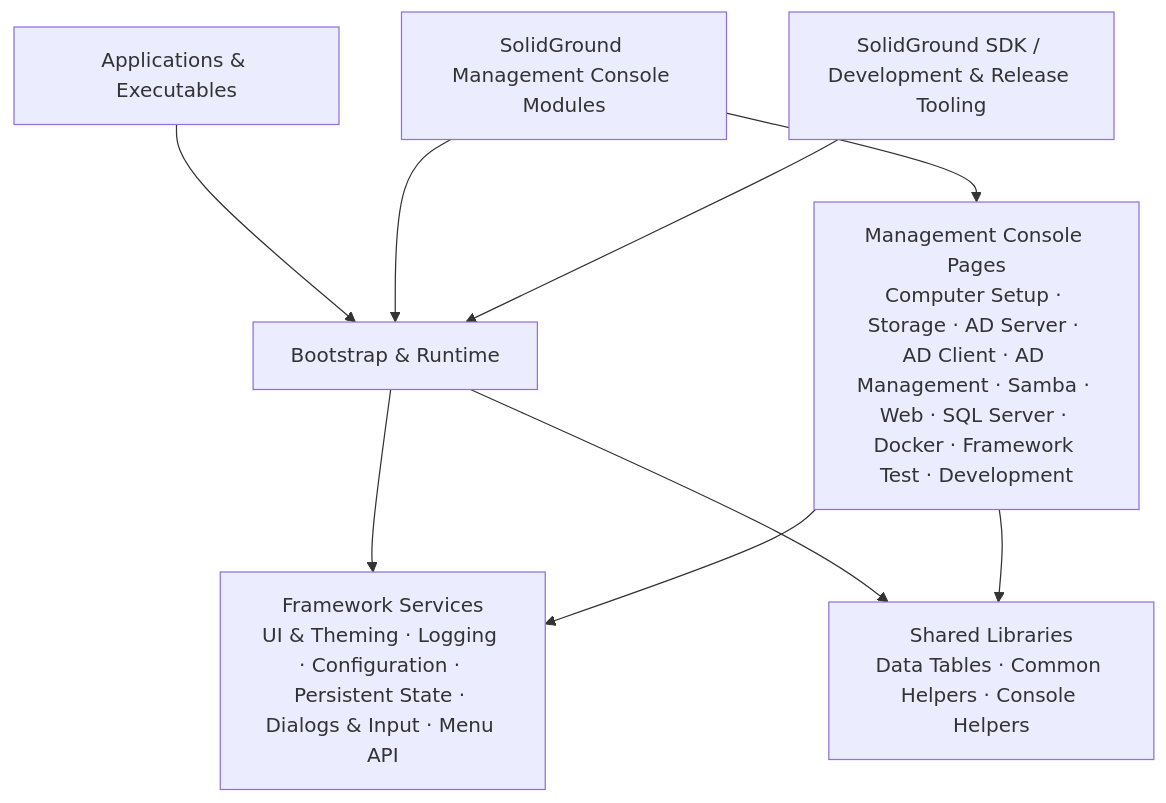
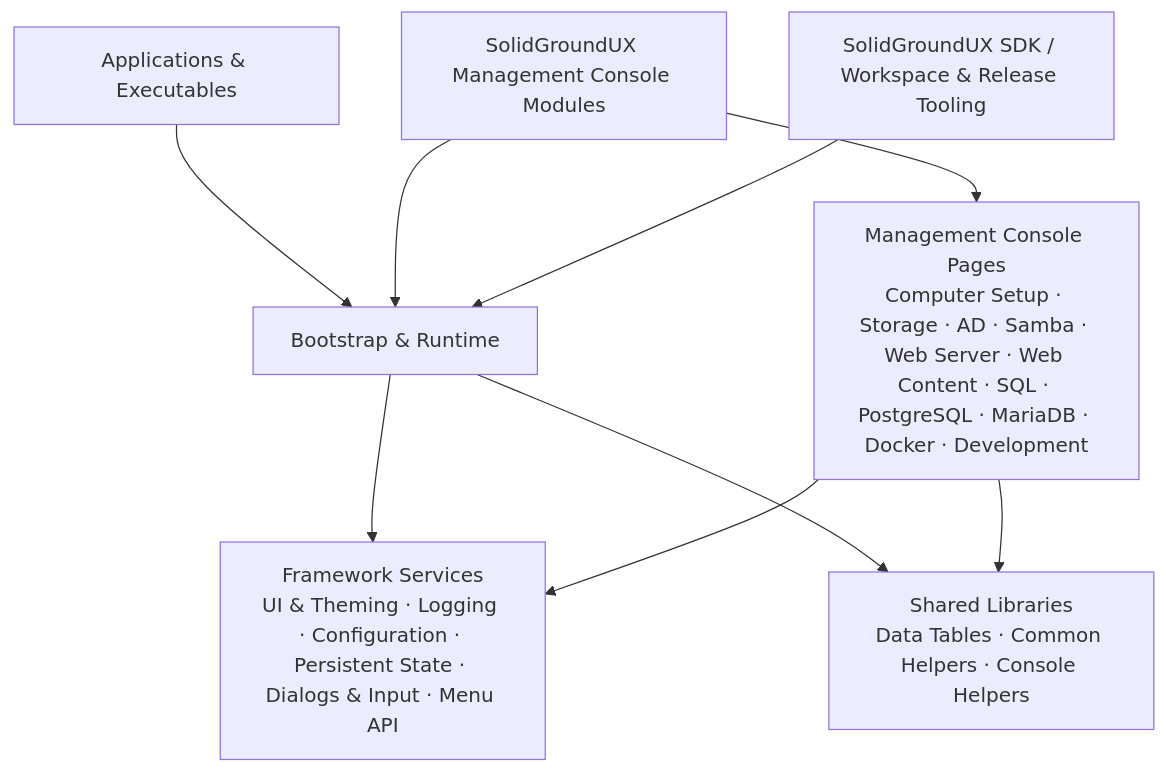
The diagram in README.md (Testadura-Consultancy/SolidGroundUX), drawn with Mermaid before and after one commit. The commit also changed other lines of this file and 2 other files, not shown here.

````diff
--- a/README.md
+++ b/README.md
@@ -68,24 +68,24 @@
 ```mermaid
 flowchart TB
 
     APP["Applications & Executables"]
-    CONSOLE["SolidGround Management Console Modules"]
-    TOOLING["SolidGround SDK / Development & Release Tooling"]
+    CONSOLE["SolidGroundUX Management Console Modules"]
+    TOOLING["SolidGroundUX SDK / Workspace & Release Tooling"]
 
     RUNTIME["Bootstrap & Runtime"]
 
     SERVICES["Framework Services<br/>UI & Theming · Logging · Configuration · Persistent State · Dialogs & Input · Menu API"]
     LIBS["Shared Libraries<br/>Data Tables · Common Helpers · Console Helpers"]
-    PAGES["Management Console Pages<br/>Computer Setup · Storage · AD Server · AD Client · AD Management · Samba · Web · SQL Server · Docker · Framework Test · Development"]
+    PAGES["Management Console Pages<br/>Computer Setup · Storage · AD · Samba · Web Server · Web Content · SQL · PostgreSQL · MariaDB · Docker · Development"]
 
     APP --> RUNTIME
     CONSOLE --> RUNTIME
     TOOLING --> RUNTIME
 
     RUNTIME --> SERVICES
     RUNTIME --> LIBS
 
     CONSOLE --> PAGES
     PAGES --> SERVICES
     PAGES --> LIBS
 ```
````
